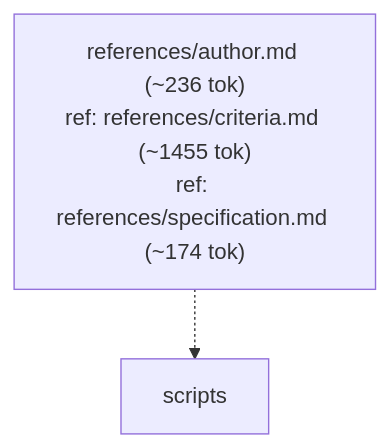
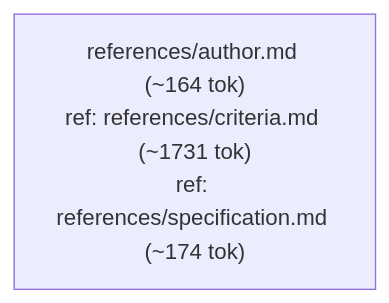
The third of 5 diagrams in skills/varde-agent-doc-authoring/FLOW.md (alecegg/varde), drawn with Mermaid before and after one commit. The commit also changed other lines of this file and 1293 other files, not shown here.

````diff
--- a/skills/varde-agent-doc-authoring/FLOW.md
+++ b/skills/varde-agent-doc-authoring/FLOW.md
@@ -35,6 +39,4 @@
 ```mermaid
 flowchart TD
-  n0["references/author.md (~236 tok)<br/>ref: references/criteria.md (~1455 tok)<br/>ref: references/specification.md (~174 tok)"]
-  n1["scripts"]
-  n0 -.-> n1
+  n0["references/author.md (~164 tok)<br/>ref: references/criteria.md (~1731 tok)<br/>ref: references/specification.md (~174 tok)"]
 ```
````
